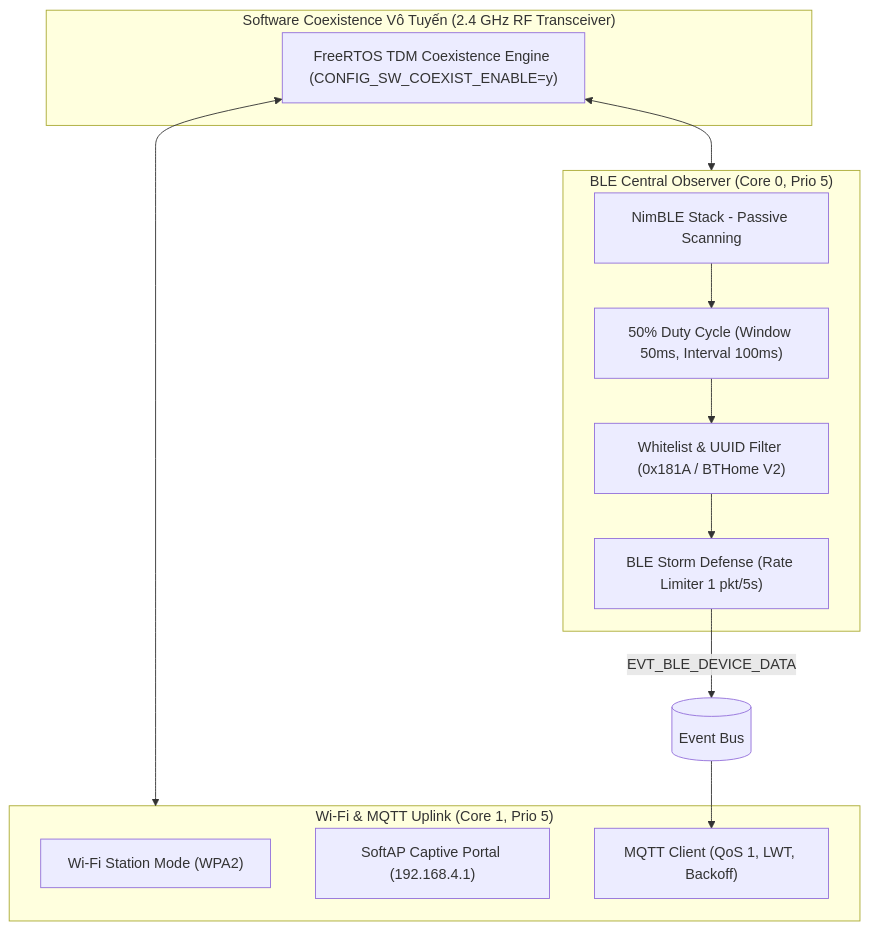
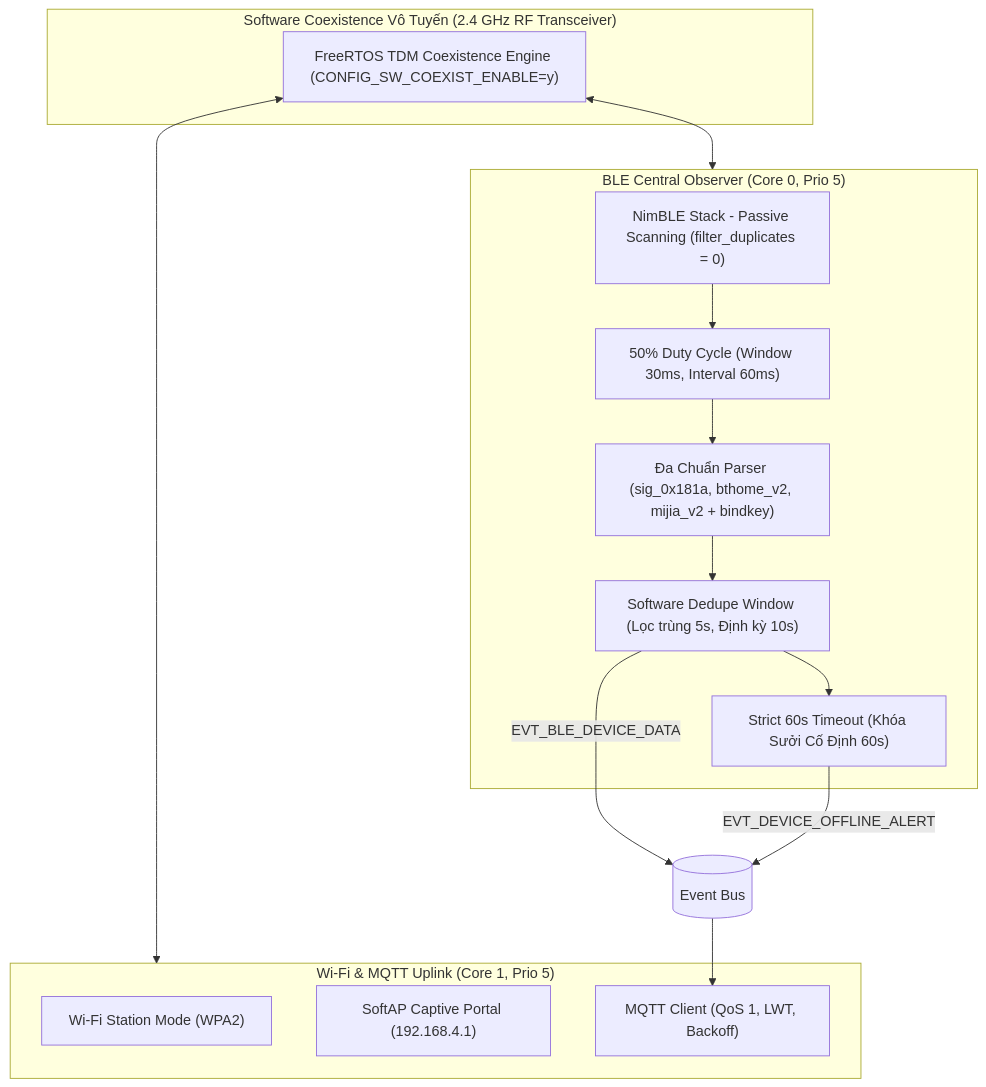
The third of 7 diagrams in docs/architecture/02-subsystems-and-interfaces.md (mrhan68/Gateway_Clock), drawn with Mermaid before and after one commit. The commit also changed other lines of this file and 22 other files, not shown here.

````diff
--- a/docs/architecture/02-subsystems-and-interfaces.md
+++ b/docs/architecture/02-subsystems-and-interfaces.md
@@ -107,25 +107,27 @@
 ```mermaid
 flowchart TD
     subgraph RF_COEX["Software Coexistence Vô Tuyến (2.4 GHz RF Transceiver)"]
         COEX_ENGINE["FreeRTOS TDM Coexistence Engine (CONFIG_SW_COEXIST_ENABLE=y)"]
     end
 
     subgraph BLE_DOMAIN["BLE Central Observer (Core 0, Prio 5)"]
-        NIMBLE["NimBLE Stack - Passive Scanning"]
-        DUTY["50% Duty Cycle (Window 50ms, Interval 100ms)"]
-        FILTER["Whitelist & UUID Filter (0x181A / BTHome V2)"]
-        DEBOUNCE["BLE Storm Defense (Rate Limiter 1 pkt/5s)"]
+        NIMBLE["NimBLE Stack - Passive Scanning (filter_duplicates = 0)"]
+        DUTY["50% Duty Cycle (Window 30ms, Interval 60ms)"]
+        PARSERS["Đa Chuẩn Parser (sig_0x181a, bthome_v2, mijia_v2 + bindkey)"]
+        DEDUPE["Software Dedupe Window (Lọc trùng 5s, Định kỳ 10s)"]
+        OFFLINE["Strict 60s Timeout (Khóa Sưởi Cố Định 60s)"]
     end
 
     subgraph WIFI_DOMAIN["Wi-Fi & MQTT Uplink (Core 1, Prio 5)"]
         STA["Wi-Fi Station Mode (WPA2)"]
         AP["SoftAP Captive Portal (192.168.4.1)"]
         MQTT_CLI["MQTT Client (QoS 1, LWT, Backoff)"]
     end
 
     COEX_ENGINE <--> BLE_DOMAIN
     COEX_ENGINE <--> WIFI_DOMAIN
-    NIMBLE --> DUTY --> FILTER --> DEBOUNCE
-    DEBOUNCE -->|EVT_BLE_DEVICE_DATA| EVENT_BUS[(Event Bus)]
+    NIMBLE --> DUTY --> PARSERS --> DEDUPE --> OFFLINE
+    DEDUPE -->|EVT_BLE_DEVICE_DATA| EVENT_BUS[(Event Bus)]
+    OFFLINE -->|EVT_DEVICE_OFFLINE_ALERT| EVENT_BUS
     EVENT_BUS --> MQTT_CLI
 ```
````
